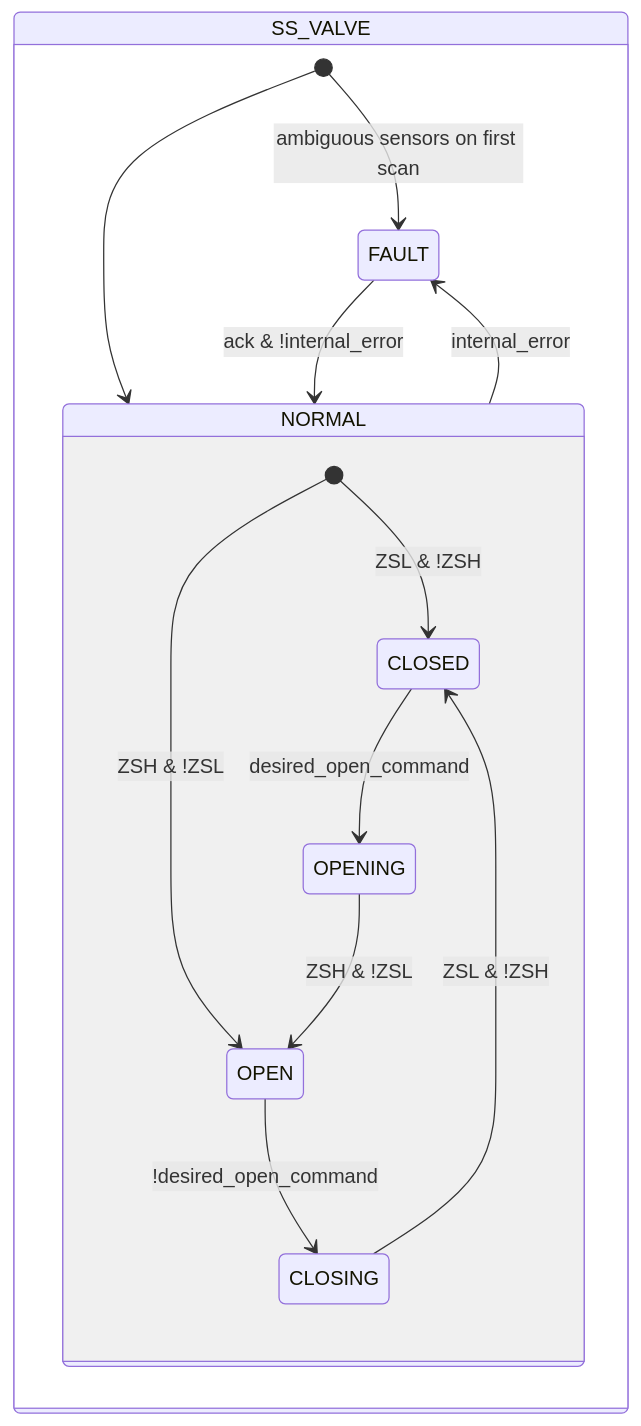
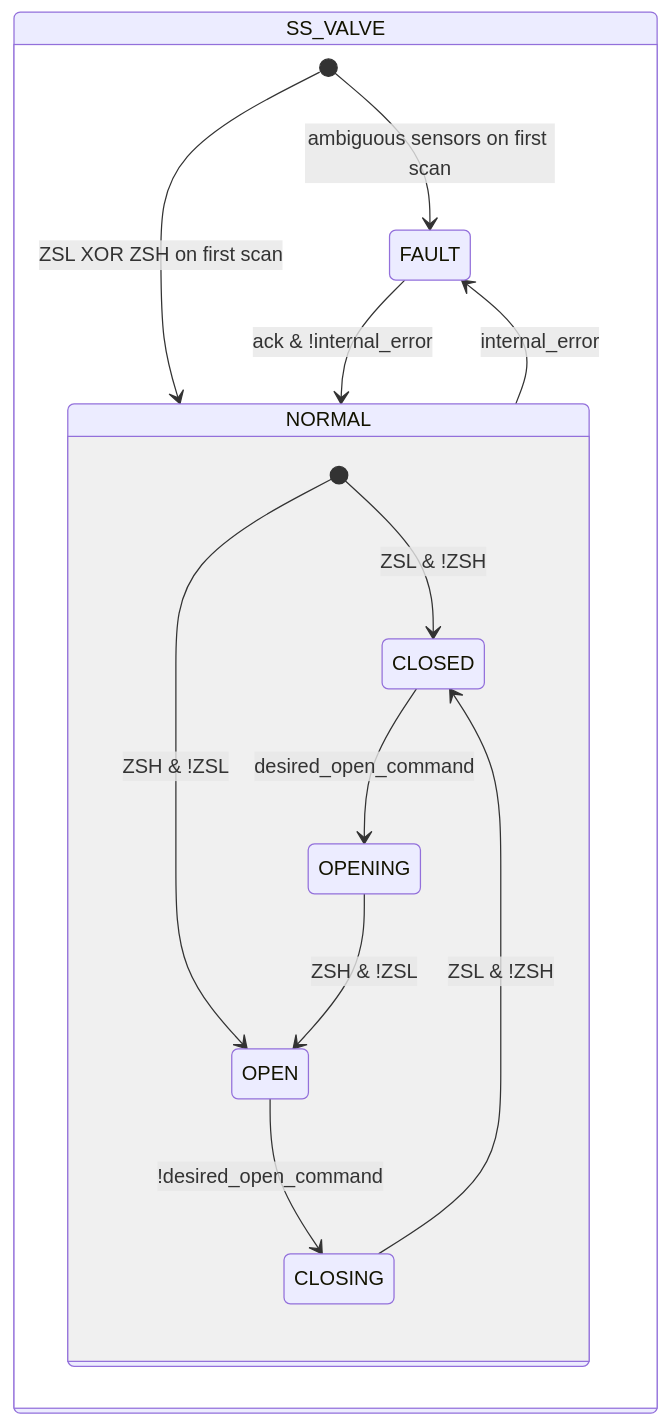
One commit to AleFire99/TIA_knowledge changed the second of 2 diagrams in docs/en/library/valves/butterfly/single_solenoid/index.md. Above: the diagram before and after it, drawn with Mermaid. The commit also changed 17 other files, not shown here.

````diff
--- a/docs/en/library/valves/butterfly/single_solenoid/index.md
+++ b/docs/en/library/valves/butterfly/single_solenoid/index.md
@@ -105,20 +105,20 @@
 ```mermaid
 stateDiagram-v2
 state SS_VALVE{
-    [*] --> NORMAL
+    [*] --> NORMAL : ZSL XOR ZSH on first scan
     [*] --> FAULT : ambiguous sensors on first scan
 
     NORMAL --> FAULT : internal_error
     FAULT --> NORMAL : ack & !internal_error
 
     state NORMAL {
         [*] --> CLOSED : ZSL & !ZSH
         [*] --> OPEN : ZSH & !ZSL
 
         CLOSED --> OPENING : desired_open_command
         OPENING --> OPEN : ZSH & !ZSL
         OPEN --> CLOSING : !desired_open_command
         CLOSING --> CLOSED : ZSL & !ZSH
     }
 }
 ```
````
